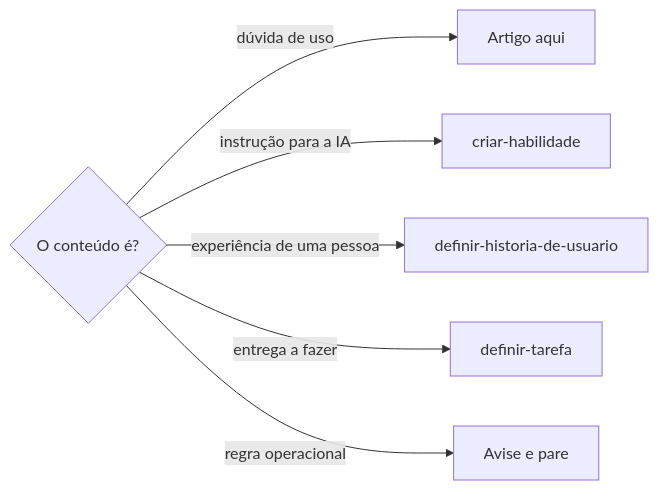
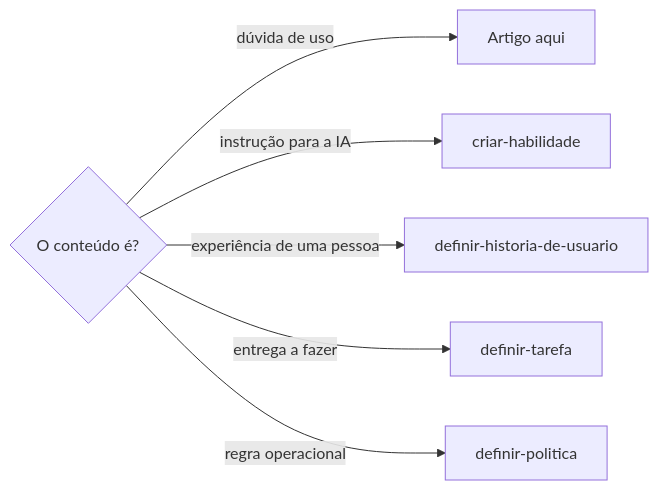
One commit to jimmyandrade/harness changed the diagram in .agents/skills/definir-artigo-da-base-de-conhecimento/SKILL.md. Above: the diagram before and after it, drawn with Mermaid. The commit also changed other lines of this file and 9 other files, not shown here.

First line of the commit message:
feat(delegar-aviso-de-plataforma): restore platform notice delegation, add definir-politica and set deadlines by the earliest platform deadline (#1097)

````diff
--- a/.agents/skills/definir-artigo-da-base-de-conhecimento/SKILL.md
+++ b/.agents/skills/definir-artigo-da-base-de-conhecimento/SKILL.md
@@ -70,8 +71,8 @@
 ```mermaid
 flowchart LR
   Q{O conteúdo é?} -->|dúvida de uso| A[Artigo aqui]
   Q -->|instrução para a IA| S[criar-habilidade]
   Q -->|experiência de uma pessoa| H[definir-historia-de-usuario]
   Q -->|entrega a fazer| T[definir-tarefa]
-  Q -->|regra operacional| P[Avise e pare]
+  Q -->|regra operacional| P[definir-politica]
 ```
````
